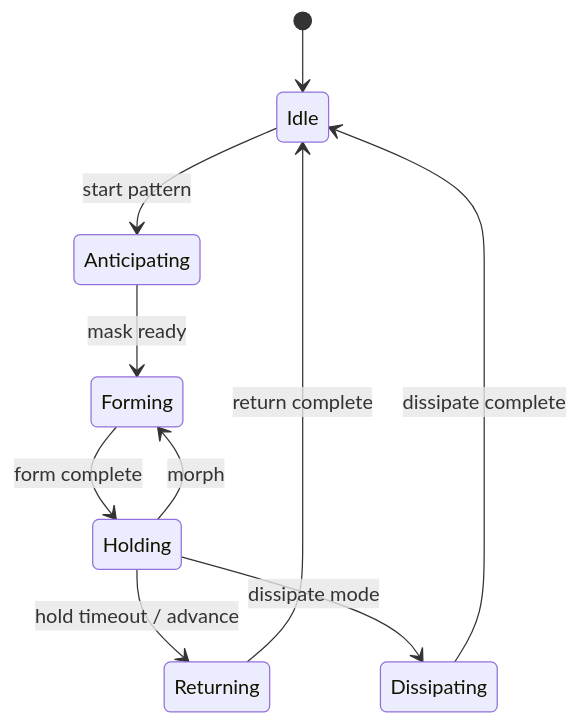
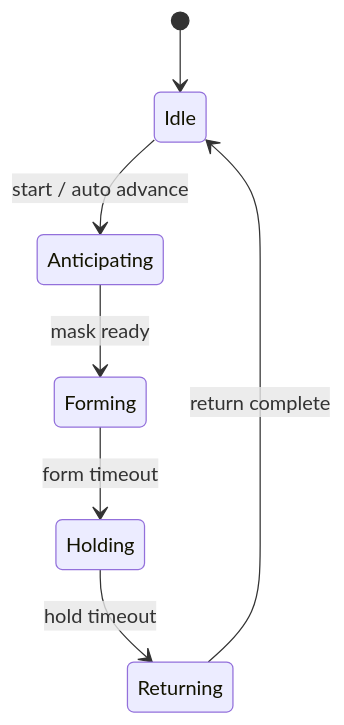
Before and after one commit to vecnode/metaagent-ue5-plugin: the third of 4 diagrams in metaagent/ARCHITECTURE.md, drawn with Mermaid. The commit also changed other lines of this file and 10 other files, not shown here.

````diff
--- a/metaagent/ARCHITECTURE.md
+++ b/metaagent/ARCHITECTURE.md
@@ -139,12 +150,9 @@
 ```mermaid
 stateDiagram-v2
     [*] --> Idle
-    Idle --> Anticipating: start pattern
+    Idle --> Anticipating: start / auto advance
     Anticipating --> Forming: mask ready
-    Forming --> Holding: form complete
-    Holding --> Returning: hold timeout / advance
-    Holding --> Forming: morph
-    Holding --> Dissipating: dissipate mode
+    Forming --> Holding: form timeout
+    Holding --> Returning: hold timeout
     Returning --> Idle: return complete
-    Dissipating --> Idle: dissipate complete
 ```
````
